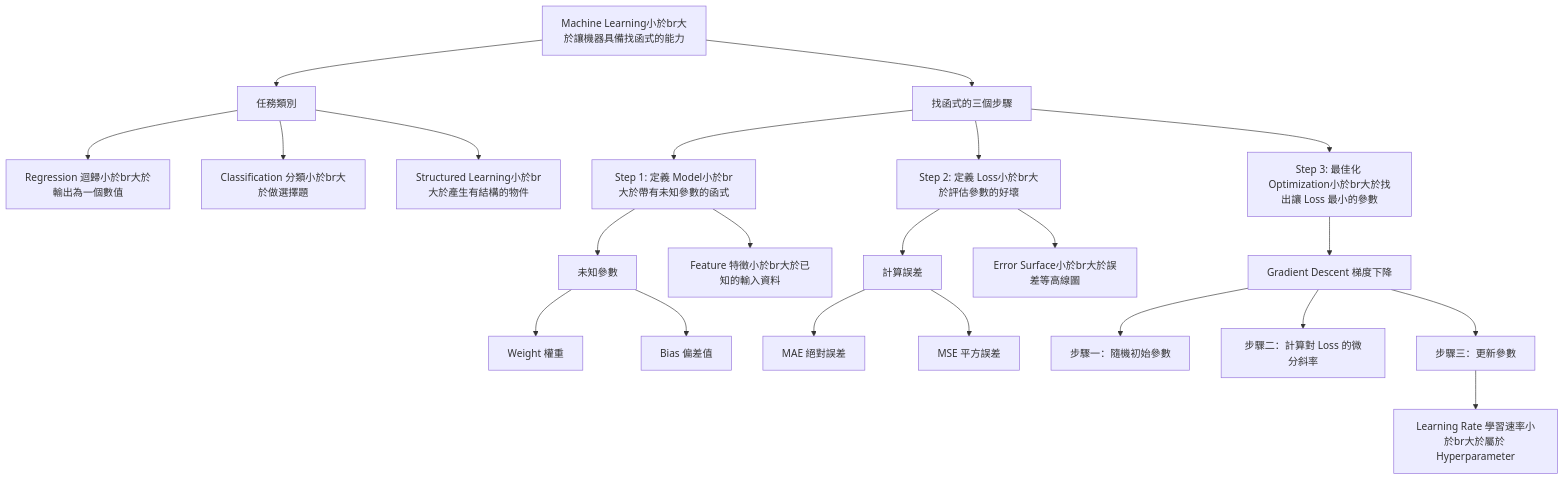
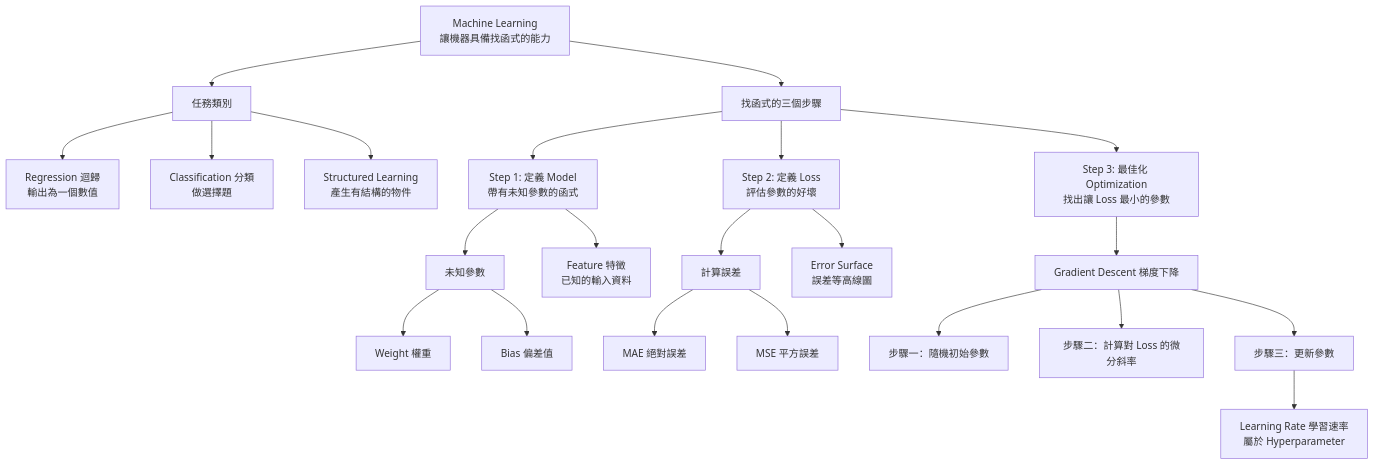
One commit to leo02311/ml2021-notes changed the diagram in content/ml2021_video01_notes.md. Above: the diagram before and after it, drawn with Mermaid. The commit also changed other lines of this file and 2 other files, not shown here.

Commit message:
Fix math formulas and Mermaid styles via Gemini

````diff
--- a/content/ml2021_video01_notes.md
+++ b/content/ml2021_video01_notes.md
@@ -80,29 +80,29 @@
 ```mermaid
 graph TD
-    ML[Machine Learning小於br大於讓機器具備找函式的能力] --> Tasks[任務類別]
+    ML["Machine Learning<br>讓機器具備找函式的能力"] --> Tasks[任務類別]
     ML --> Steps[找函式的三個步驟]
 
-    Tasks --> REG[Regression 迴歸小於br大於輸出為一個數值]
-    Tasks --> CLS[Classification 分類小於br大於做選擇題]
-    Tasks --> STR[Structured Learning小於br大於產生有結構的物件]
+    Tasks --> REG["Regression 迴歸<br>輸出為一個數值"]
+    Tasks --> CLS["Classification 分類<br>做選擇題"]
+    Tasks --> STR["Structured Learning<br>產生有結構的物件"]
 
-    Steps --> S1[Step 1: 定義 Model小於br大於帶有未知參數的函式]
-    Steps --> S2[Step 2: 定義 Loss小於br大於評估參數的好壞]
-    Steps --> S3[Step 3: 最佳化 Optimization小於br大於找出讓 Loss 最小的參數]
+    Steps --> S1["Step 1: 定義 Model<br>帶有未知參數的函式"]
+    Steps --> S2["Step 2: 定義 Loss<br>評估參數的好壞"]
+    Steps --> S3["Step 3: 最佳化 Optimization<br>找出讓 Loss 最小的參數"]
 
     S1 --> Param[未知參數]
-    Param --> W[Weight 權重]
-    Param --> B[Bias 偏差值]
-    S1 --> Feat[Feature 特徵小於br大於已知的輸入資料]
+    Param --> W["Weight 權重"]
+    Param --> B["Bias 偏差值"]
+    S1 --> Feat["Feature 特徵<br>已知的輸入資料"]
 
     S2 --> Err[計算誤差]
-    Err --> MAE[MAE 絕對誤差]
-    Err --> MSE[MSE 平方誤差]
-    S2 --> ES[Error Surface小於br大於誤差等高線圖]
+    Err --> MAE["MAE 絕對誤差"]
+    Err --> MSE["MSE 平方誤差"]
+    S2 --> ES["Error Surface<br>誤差等高線圖"]
 
-    S3 --> GD[Gradient Descent 梯度下降]
-    GD --> Init[步驟一：隨機初始參數]
-    GD --> Diff[步驟二：計算對 Loss 的微分斜率]
-    GD --> Update[步驟三：更新參數]
-    Update --> LR[Learning Rate 學習速率小於br大於屬於 Hyperparameter]
+    S3 --> GD["Gradient Descent 梯度下降"]
+    GD --> Init["步驟一：隨機初始參數"]
+    GD --> Diff["步驟二：計算對 Loss 的微分斜率"]
+    GD --> Update["步驟三：更新參數"]
+    Update --> LR["Learning Rate 學習速率<br>屬於 Hyperparameter"]
 ```
````
